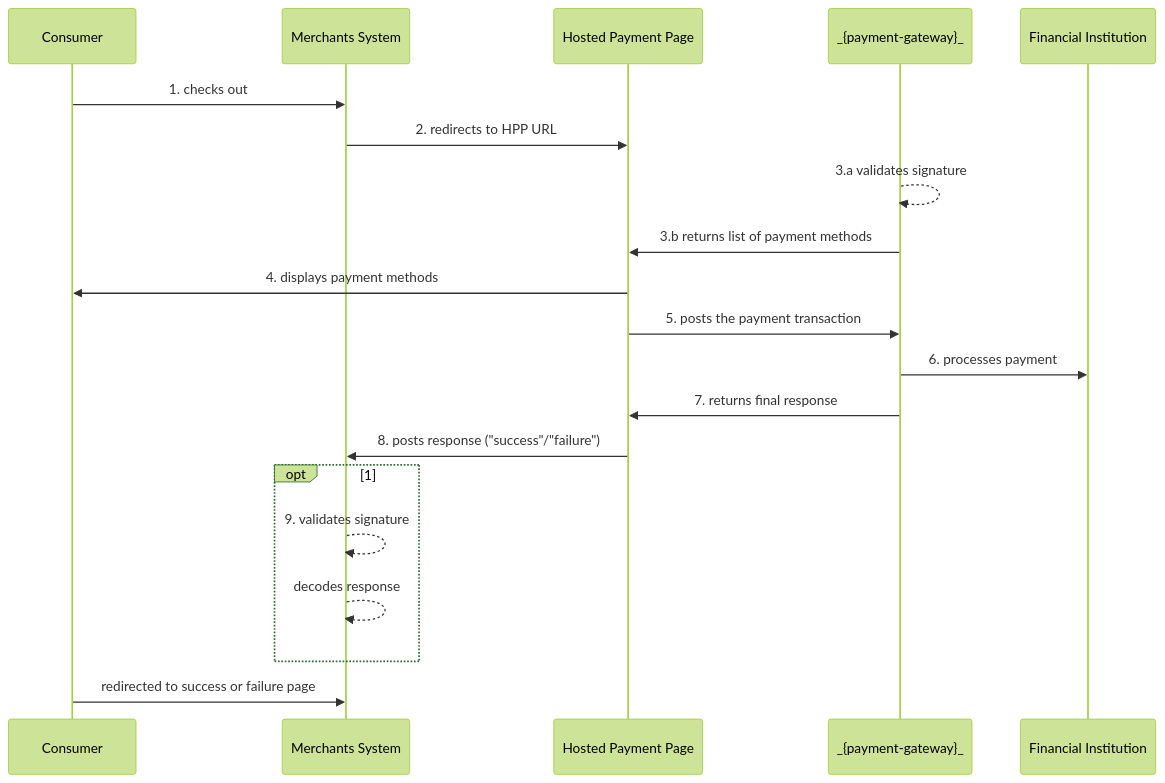
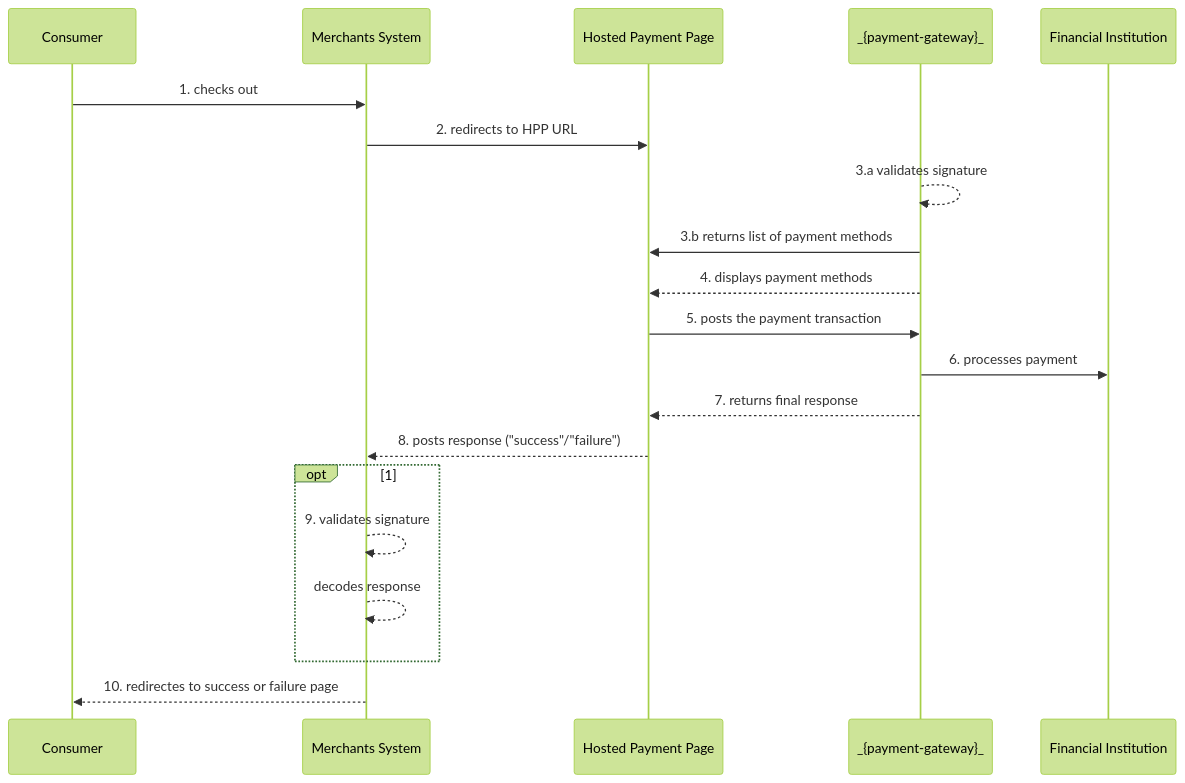
Before and after one commit to wirecard/merchant-documentation-gateway: the diagram in 03-02-01-01-pp-hosted-payment-page-workflow.adoc, drawn with Mermaid (forest theme).

Commit message:
Update Mermaid Diagrams

```diff
--- a/03-02-01-01-pp-hosted-payment-page-workflow.adoc
+++ b/03-02-01-01-pp-hosted-payment-page-workflow.adoc
@@ -13,23 +13,23 @@
 [mermaid,PP_HPP_Workflow,svg,subs=attributes+]
 ----
 sequenceDiagram
     participant A as Consumer
     participant B as Merchants System
     participant C as Hosted Payment Page
     participant D as _{payment-gateway}_
     participant E as Financial Institution
         A ->> B: 1. checks out
         B ->> C: 2. redirects to HPP URL
         D -->> D: 3.a validates signature
 	      D ->> C: 3.b returns list of payment methods
-        C ->> A: 4. displays payment methods
+        D -->> C: 4. displays payment methods
         C ->> D: 5. posts the payment transaction
         D ->> E: 6. processes payment
-        D ->> C: 7. returns final response
-        C ->> B: 8. posts response ("success"/"failure")
+        D -->> C: 7. returns final response
+        C -->> B: 8. posts response ("success"/"failure")
         opt 1
         B -->> B: 9. validates signature
         B -->> B: decodes response
         end
-        A ->> B: redirected to success or failure page
+        B -->> A: 10. redirectes to success or failure page
 ----
```
